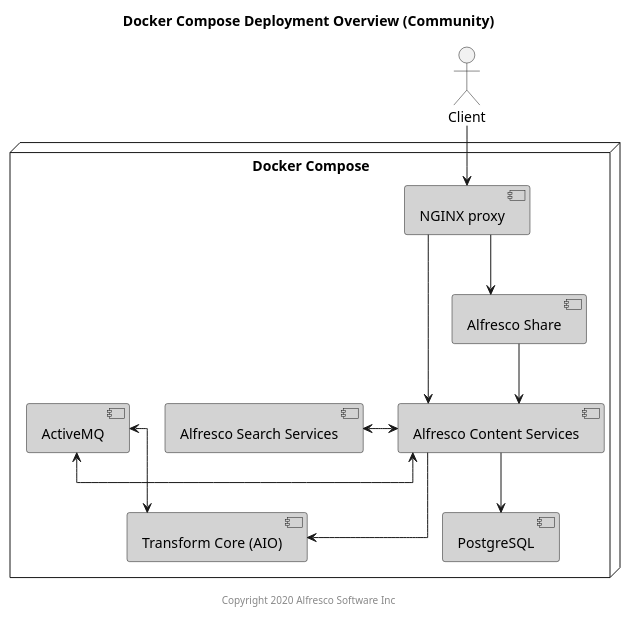
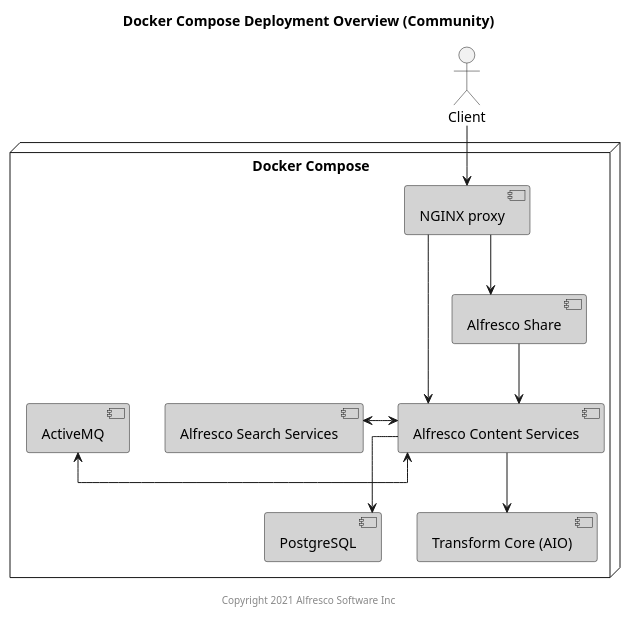
Before and after one commit to Alfresco/acs-deployment: the diagram in docs/docker-compose/diagrams/docker-compose-community.puml, drawn with PlantUML. The commit also changed 1 other file, not shown here.

```diff
--- a/docs/docker-compose/diagrams/docker-compose-community.puml
+++ b/docs/docker-compose/diagrams/docker-compose-community.puml
@@ -1,39 +1,38 @@
 @startuml
 
 Title: Docker Compose Deployment Overview (Community)
 
 skinparam componentStyle uml2
 skinparam linetype ortho
 skinparam rectangle {
     BorderStyle dashed
     FontSize 15
     FontStyle none
 }
 
 actor Client
 
 node "Docker Compose" {
     component "NGINX proxy" as proxy #lightgrey
     component "Alfresco Content Services" as acs #lightgrey
     component "Alfresco Search Services" as ass #lightgrey
     component "PostgreSQL" as psql #lightgrey
     component "Alfresco Share" as share #lightgrey
     component "ActiveMQ" as amq #lightgrey
     component "Transform Core (AIO)" as tcore #lightgrey
 }
 
 Client --> proxy
 
 proxy --> acs
 proxy --> share
 
 acs <-left-> ass
 acs --> psql
 acs --> tcore
 acs <-left-> amq
-tcore <-up-> amq
 share --> acs
 
-center footer Copyright 2020 Alfresco Software Inc
+center footer Copyright 2021 Alfresco Software Inc
 
 @enduml
```
